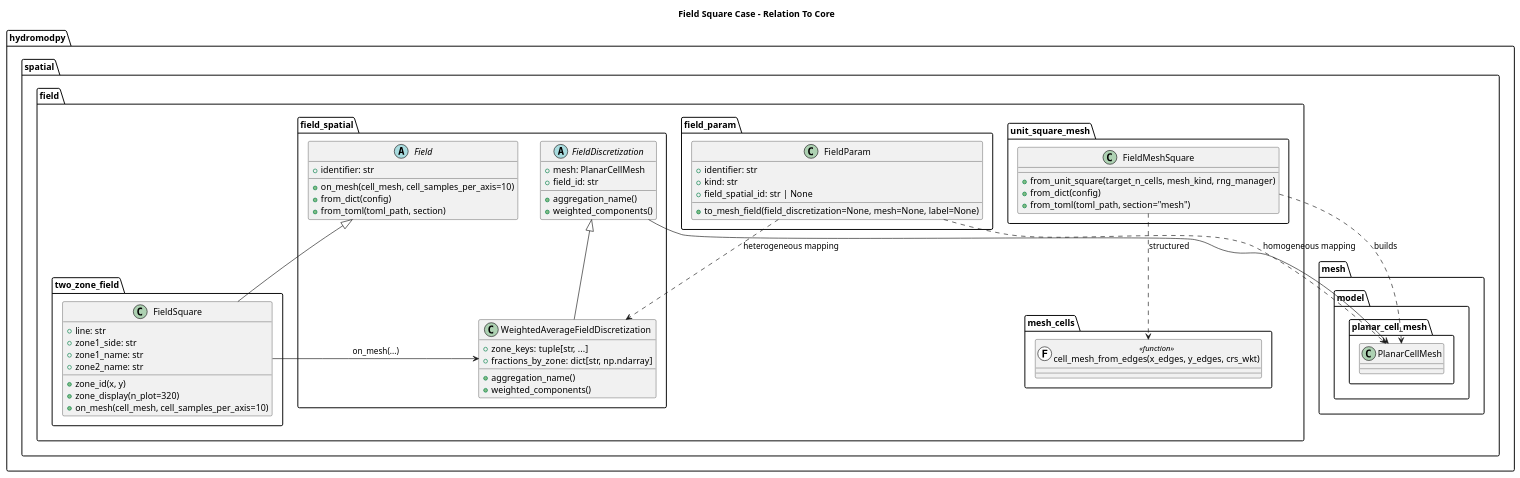
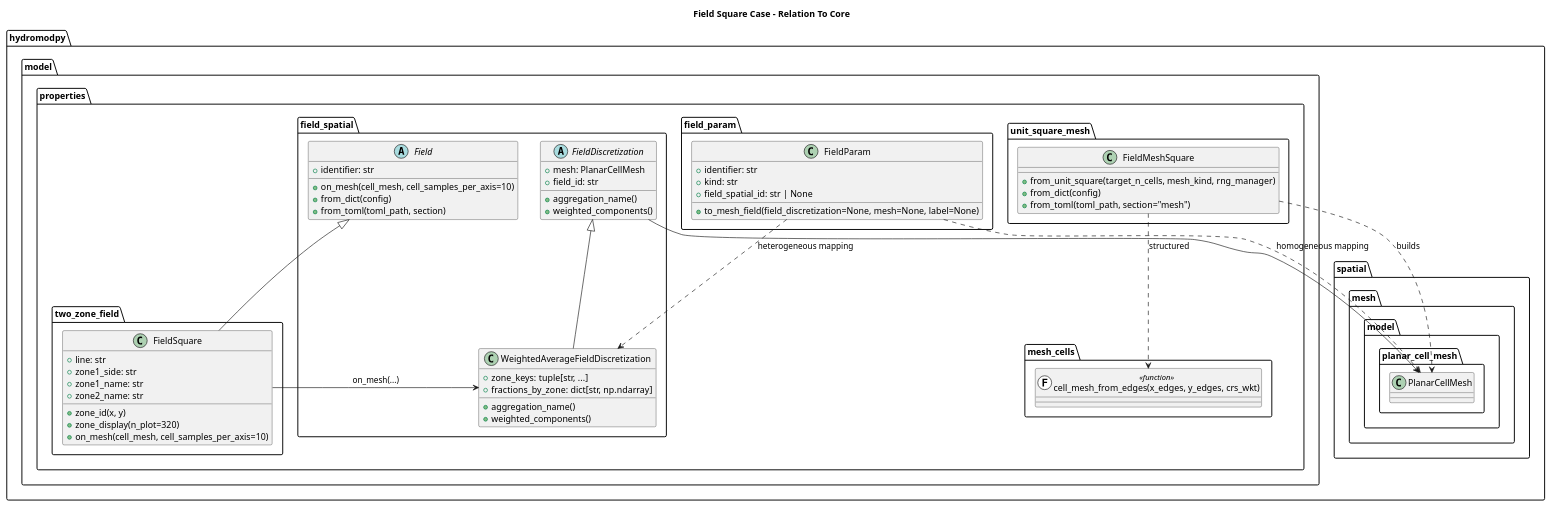
The diagram in docs/source/contribute/architecture/field/diagrams/field_spatial_cases_classes.wsd (HydroModPy/HydroModPy), drawn with PlantUML before and after one commit. The commit also changed 795 other files, not shown here.

```diff
--- a/docs/source/contribute/architecture/field/diagrams/field_spatial_cases_classes.wsd
+++ b/docs/source/contribute/architecture/field/diagrams/field_spatial_cases_classes.wsd
@@ -1,78 +1,78 @@
 @startuml
 title Field Square Case - Relation To Core
 
 package "hydromodpy.spatial.mesh.model.planar_cell_mesh" {
   class PlanarCellMesh
 }
 
-package "hydromodpy.spatial.field.mesh_cells" {
+package "hydromodpy.model.properties.mesh_cells" {
   class "cell_mesh_from_edges(x_edges, y_edges, crs_wkt)" as cell_mesh_from_edges << (F,#FFFFFF) function >>
 }
 
-package "hydromodpy.spatial.field.field_spatial" {
+package "hydromodpy.model.properties.field_spatial" {
   abstract class Field {
     +identifier: str
     +on_mesh(cell_mesh, cell_samples_per_axis=10)
     +from_dict(config)
     +from_toml(toml_path, section)
   }
 
   abstract class FieldDiscretization {
     +mesh: PlanarCellMesh
     +field_id: str
     +aggregation_name()
     +weighted_components()
   }
 }
 
-package "hydromodpy.spatial.field.field_spatial" {
+package "hydromodpy.model.properties.field_spatial" {
   class WeightedAverageFieldDiscretization {
     +zone_keys: tuple[str, ...]
     +fractions_by_zone: dict[str, np.ndarray]
     +aggregation_name()
     +weighted_components()
   }
 }
 
-package "hydromodpy.spatial.field.field_param" {
+package "hydromodpy.model.properties.field_param" {
   class FieldParam {
     +identifier: str
     +kind: str
     +field_spatial_id: str | None
     +to_mesh_field(field_discretization=None, mesh=None, label=None)
   }
 }
 
-package "hydromodpy.spatial.field.two_zone_field" {
+package "hydromodpy.model.properties.two_zone_field" {
   class FieldSquare {
     +line: str
     +zone1_side: str
     +zone1_name: str
     +zone2_name: str
     +zone_id(x, y)
     +zone_display(n_plot=320)
     +on_mesh(cell_mesh, cell_samples_per_axis=10)
   }
 }
 
-package "hydromodpy.spatial.field.unit_square_mesh" {
+package "hydromodpy.model.properties.unit_square_mesh" {
   class FieldMeshSquare {
     +from_unit_square(target_n_cells, mesh_kind, rng_manager)
     +from_dict(config)
     +from_toml(toml_path, section="mesh")
   }
 }
 
 Field <|-- FieldSquare
 FieldDiscretization <|-- WeightedAverageFieldDiscretization
 FieldDiscretization --> PlanarCellMesh
 
 FieldSquare --> WeightedAverageFieldDiscretization : on_mesh(...)
 
 FieldMeshSquare ..> cell_mesh_from_edges : structured
 FieldMeshSquare ..> PlanarCellMesh : builds
 
 FieldParam ..> PlanarCellMesh : homogeneous mapping
 FieldParam ..> WeightedAverageFieldDiscretization : heterogeneous mapping
 
 @enduml
```
